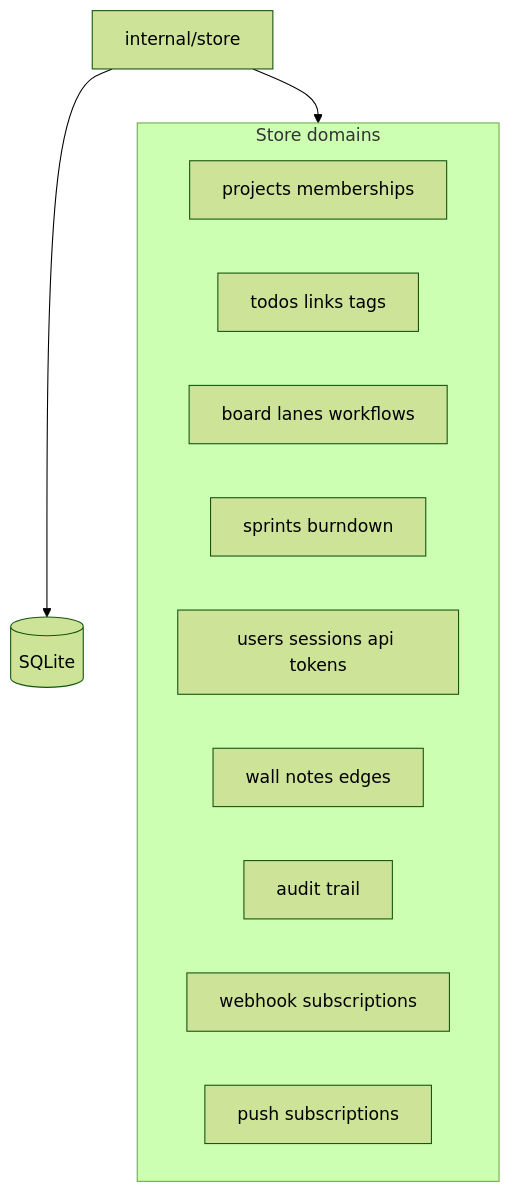
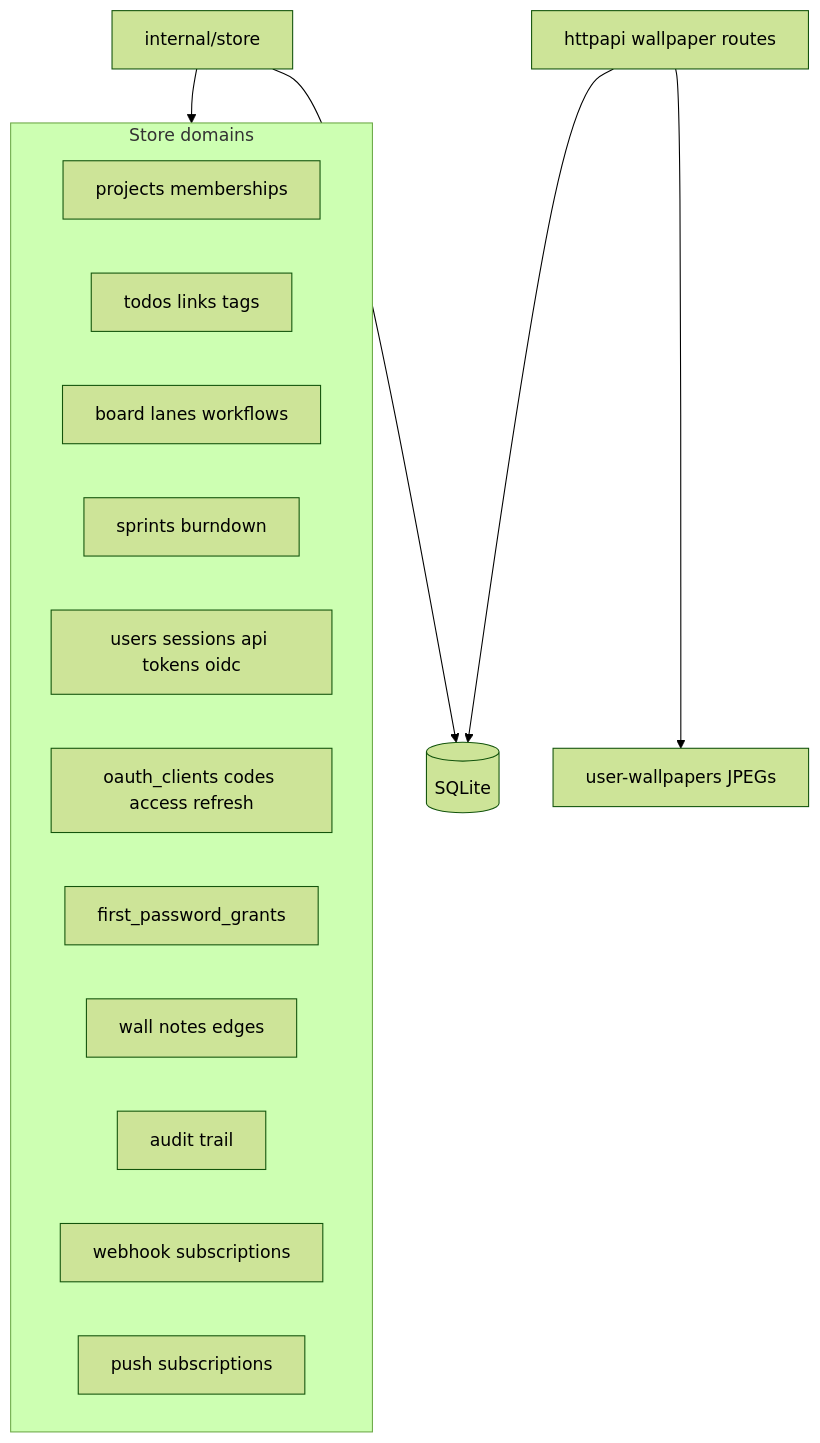
The first of 2 diagrams in docs/diagrams/scrumboy_data_model.md (bhardwajRahul/scrumboy), drawn with Mermaid (forest theme) before and after one commit. The commit also changed other lines of this file and 38 other files, not shown here.

````diff
--- a/docs/diagrams/scrumboy_data_model.md
+++ b/docs/diagrams/scrumboy_data_model.md
@@ -5,20 +5,26 @@
 ```mermaid
 flowchart TB
   SQL[(SQLite)]
+  Files["user-wallpapers JPEGs"]
   Store[internal/store]
+  HTTP[httpapi wallpaper routes]
 
   subgraph domains [Store domains]
     Proj[projects memberships]
     Todo[todos links tags]
     Board[board lanes workflows]
     Sprint[sprints burndown]
-    AuthDom[users sessions api tokens]
+    AuthDom[users sessions api tokens oidc]
+    OAuthDom[oauth_clients codes access refresh]
+    FirstPwd[first_password_grants]
     WallDom[wall notes edges]
     Audit[audit trail]
     WHook[webhook subscriptions]
     PushDom[push subscriptions]
   end
 
   Store --> SQL
   Store --> domains
+  HTTP --> Files
+  HTTP --> SQL
 ```
````
